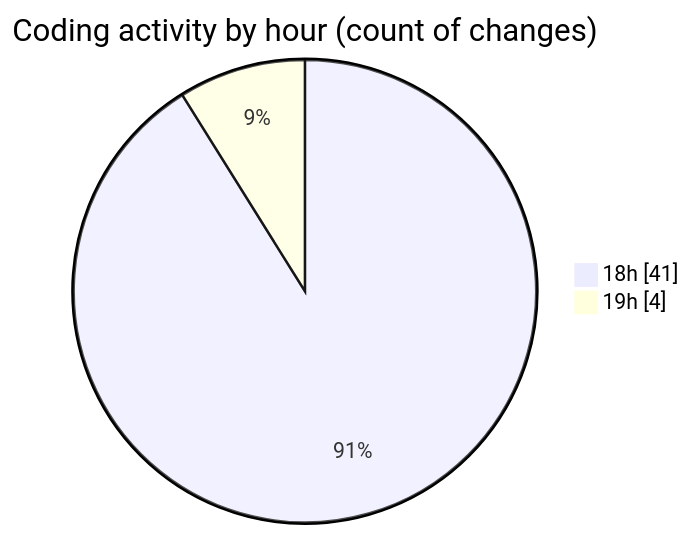
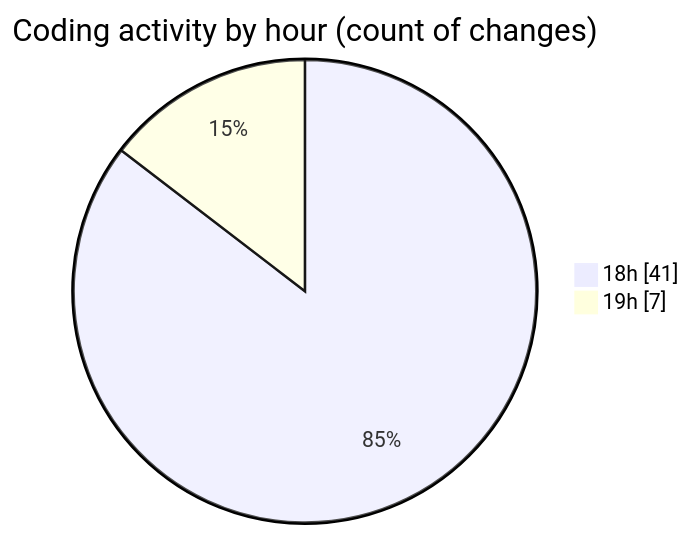
One commit to donsfak/code-tracking changed the second of 2 diagrams in 2025-01-13/trackers_app/README.md. Above: the diagram before and after it, drawn with Mermaid. The commit also changed other lines of this file and 1 other file, not shown here.

````diff
--- a/2025-01-13/trackers_app/README.md
+++ b/2025-01-13/trackers_app/README.md
@@ -32,6 +32,6 @@
 ```mermaid
 pie showData
 title Coding activity by hour (count of changes)
 "18h" : 41
-"19h" : 4
+"19h" : 7
 ```
````
